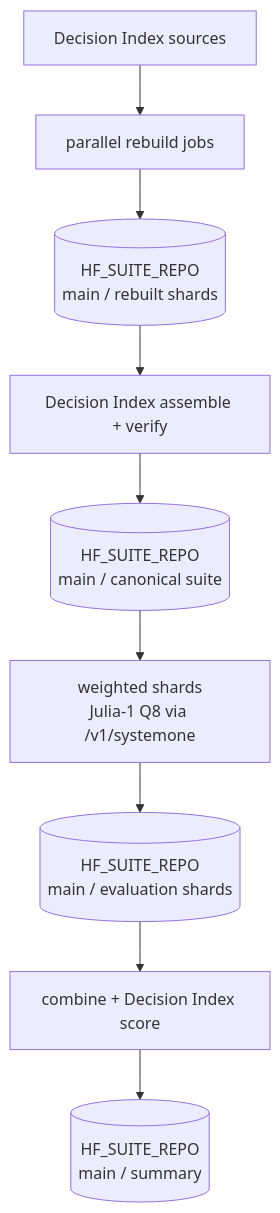
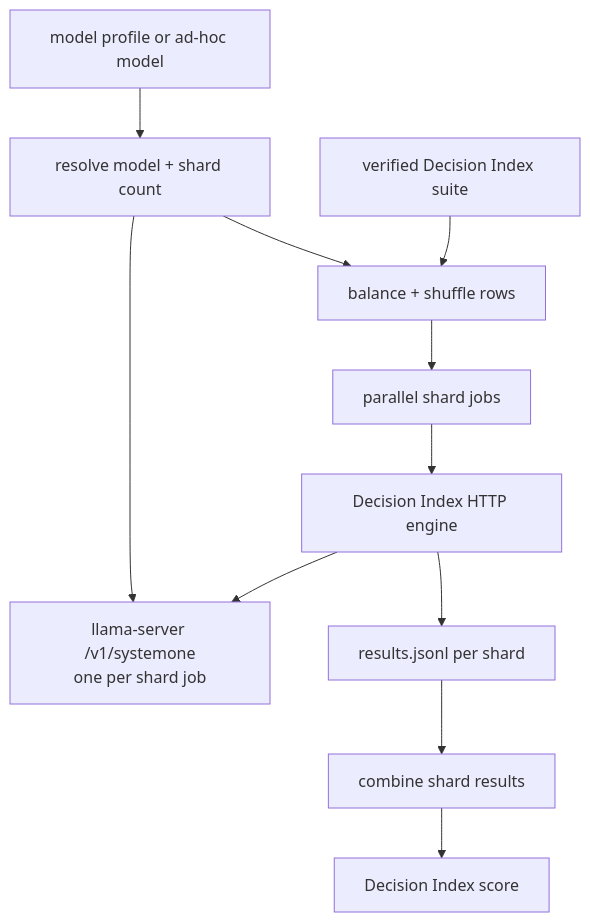
Before and after one commit to datGryphon/systemone-eval: the second of 2 diagrams in .github/PIPELINE.md, drawn with Mermaid. The commit also changed other lines of this file, not shown here.

Commit message:
docs: separate data lifecycle from evaluation flow

````diff
--- a/.github/PIPELINE.md
+++ b/.github/PIPELINE.md
@@ -35,14 +42,23 @@
 ```mermaid
 flowchart TD
-    A[Decision Index sources]
-    B[parallel rebuild jobs]
-    C[(HF_SUITE_REPO<br/>main / rebuilt shards)]
-    D[Decision Index assemble + verify]
-    E[(HF_SUITE_REPO<br/>main / canonical suite)]
-    F[weighted shards<br/>Julia-1 Q8 via /v1/systemone]
-    G[(HF_SUITE_REPO<br/>main / evaluation shards)]
-    H[combine + Decision Index score]
-    I[(HF_SUITE_REPO<br/>main / summary)]
+    CONFIG[model profile or ad-hoc model]
+    PLAN[resolve model + shard count]
+    SUITE[verified Decision Index suite]
+    SPLIT[balance + shuffle rows]
+    JOBS[parallel shard jobs]
+    SERVER[llama-server /v1/systemone<br/>one per shard job]
+    ENGINE[Decision Index HTTP engine]
+    SHARD_RESULTS[results.jsonl per shard]
+    COMBINE[combine shard results]
+    SCORE[Decision Index score]
 
-    A --> B --> C --> D --> E --> F --> G --> H --> I
+    CONFIG --> PLAN
+    PLAN --> SPLIT
+    SUITE --> SPLIT
+    PLAN --> SERVER
+    SPLIT --> JOBS
+    JOBS --> ENGINE
+    ENGINE --> SERVER
+    ENGINE --> SHARD_RESULTS
+    SHARD_RESULTS --> COMBINE --> SCORE
 ```
````
